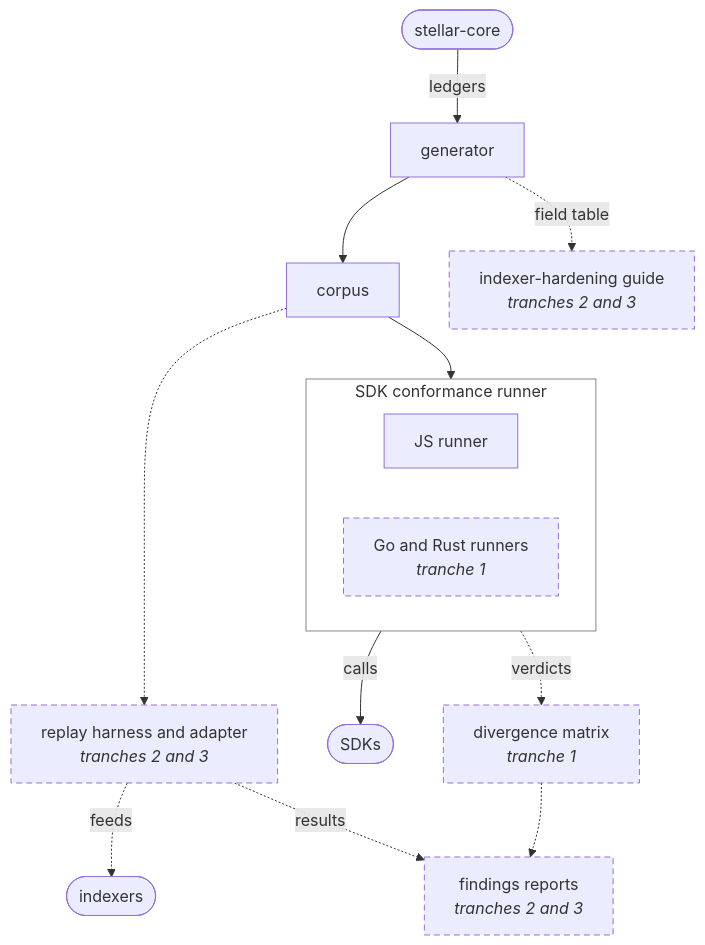
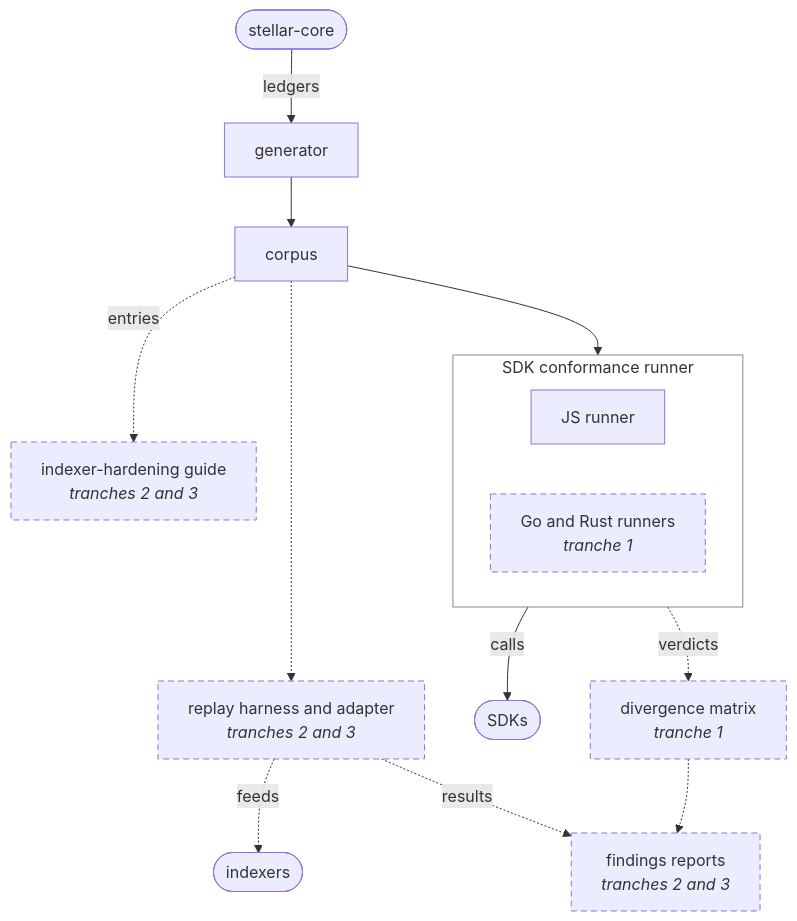
The first of 5 diagrams in ARCHITECTURE.md (baking-bad/xdr-coverage-kit), drawn with Mermaid before and after one commit. The commit also changed other lines of this file, not shown here.

First line of the commit message:
docs: keep ARCHITECTURE.md to how the kit works

````diff
--- a/ARCHITECTURE.md
+++ b/ARCHITECTURE.md
@@ -16,33 +9,33 @@
 ```mermaid
 %%{init: {"flowchart": {"wrappingWidth": 400}}}%%
 flowchart TB
   core(["stellar-core"])
   generator["generator"]
   corpus["corpus"]
   guide["indexer-hardening guide<br/><i>tranches 2 and 3</i>"]:::planned
   subgraph runners["SDK conformance runner"]
     js["JS runner"]
     gors["Go and Rust runners<br/><i>tranche 1</i>"]:::planned
   end
   harness["replay harness and adapter<br/><i>tranches 2 and 3</i>"]:::planned
   sdks(["SDKs"])
   indexers(["indexers"])
   matrix["divergence matrix<br/><i>tranche 1</i>"]:::planned
   findings["findings reports<br/><i>tranches 2 and 3</i>"]:::planned
 
   core -->|ledgers| generator
   generator --> corpus
-  generator -.->|field table| guide
+  corpus -.->|entries| guide
   corpus --> runners
   corpus -.-> harness
   runners -->|calls| sdks
   runners -.->|verdicts| matrix
   harness -.->|feeds| indexers
   matrix -.-> findings
   harness -.->|results| findings
 
 
 
   style runners fill:none,stroke:#888
   classDef planned stroke-dasharray: 6 4
 ```
````
